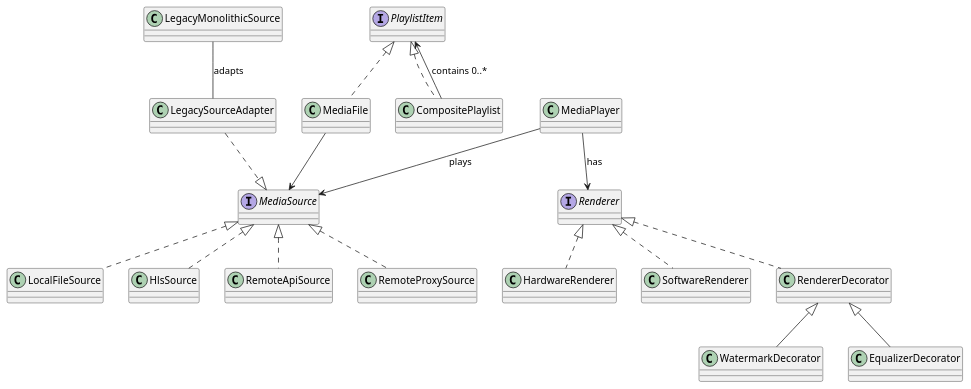
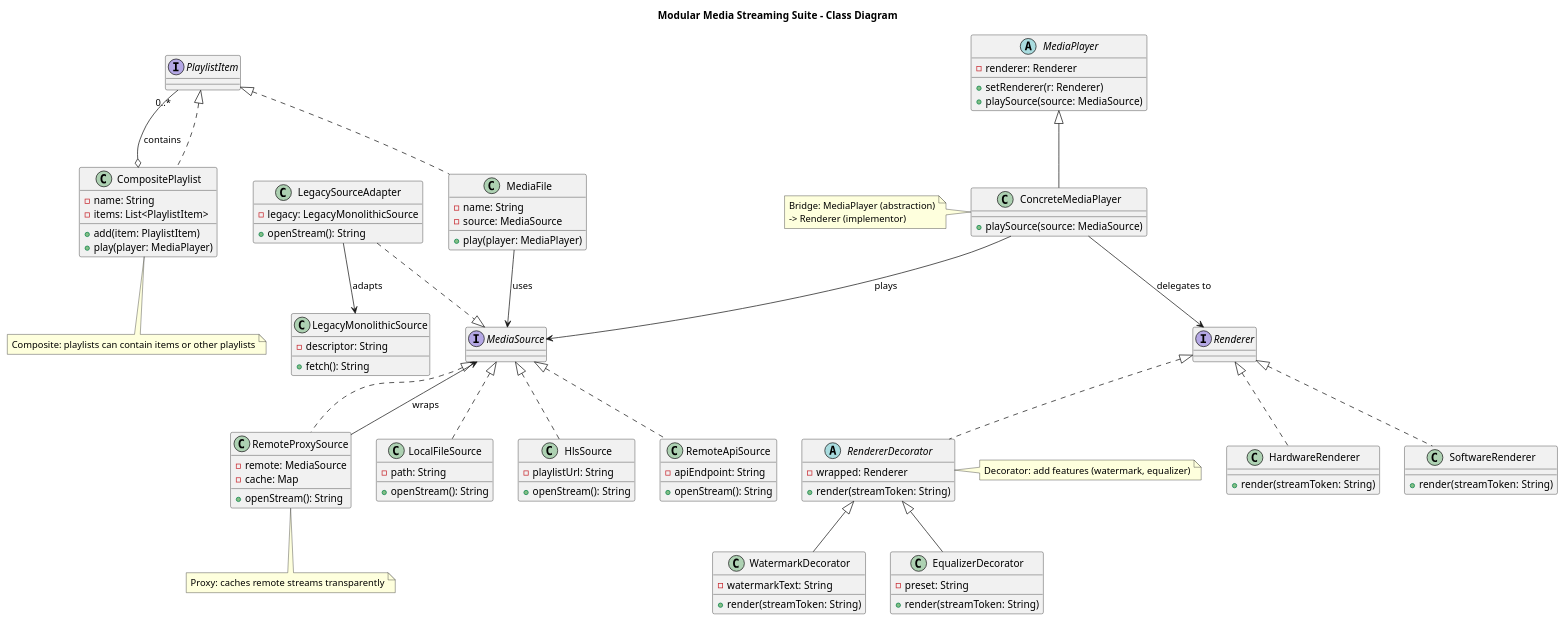
Before and after one commit to Satoshi999k/modular_media_suite: the diagram in docs/plantuml/class_diagram.puml, drawn with PlantUML.

```diff
--- a/docs/plantuml/class_diagram.puml
+++ b/docs/plantuml/class_diagram.puml
@@ -1,42 +1,125 @@
 @startuml
+' Title
+title Modular Media Streaming Suite - Class Diagram
+
+' Interfaces and core classes
 interface MediaSource
-class LocalFileSource
-class HlsSource
-class RemoteApiSource
-class LegacyMonolithicSource
-class LegacySourceAdapter
-class RemoteProxySource
+interface Renderer
+interface PlaylistItem
 
+' Player / Bridge
+abstract class MediaPlayer {
+  - renderer: Renderer
+  + setRenderer(r: Renderer)
+  + playSource(source: MediaSource)
+}
+class ConcreteMediaPlayer {
+  + playSource(source: MediaSource)
+}
+
+' Renderers (implementor side of Bridge)
+class HardwareRenderer {
+  + render(streamToken: String)
+}
+class SoftwareRenderer {
+  + render(streamToken: String)
+}
+
+' Decorators
+abstract class RendererDecorator {
+  - wrapped: Renderer
+  + render(streamToken: String)
+}
+class WatermarkDecorator {
+  - watermarkText: String
+  + render(streamToken: String)
+}
+class EqualizerDecorator {
+  - preset: String
+  + render(streamToken: String)
+}
+
+' Playlist composite
+class MediaFile {
+  - name: String
+  - source: MediaSource
+  + play(player: MediaPlayer)
+}
+class CompositePlaylist {
+  - name: String
+  - items: List<PlaylistItem>
+  + add(item: PlaylistItem)
+  + play(player: MediaPlayer)
+}
+
+' Sources
+class LocalFileSource {
+  - path: String
+  + openStream(): String
+}
+class HlsSource {
+  - playlistUrl: String
+  + openStream(): String
+}
+class RemoteApiSource {
+  - apiEndpoint: String
+  + openStream(): String
+}
+class RemoteProxySource {
+  - remote: MediaSource
+  - cache: Map
+  + openStream(): String
+}
+class LegacyMonolithicSource {
+  - descriptor: String
+  + fetch(): String
+}
+class LegacySourceAdapter {
+  - legacy: LegacyMonolithicSource
+  + openStream(): String
+}
+
+' Relationships
 MediaSource <|.. LocalFileSource
 MediaSource <|.. HlsSource
 MediaSource <|.. RemoteApiSource
-LegacyMonolithicSource -- LegacySourceAdapter : adapts
+MediaSource <|.. RemoteProxySource
 LegacySourceAdapter ..|> MediaSource
-MediaSource <|.. RemoteProxySource
-
-interface Renderer
-class HardwareRenderer
-class SoftwareRenderer
-class RendererDecorator
-class WatermarkDecorator
-class EqualizerDecorator
 
 Renderer <|.. HardwareRenderer
 Renderer <|.. SoftwareRenderer
 Renderer <|.. RendererDecorator
 RendererDecorator <|-- WatermarkDecorator
 RendererDecorator <|-- EqualizerDecorator
 
-interface PlaylistItem
-class MediaFile
-class CompositePlaylist
-
 PlaylistItem <|.. MediaFile
 PlaylistItem <|.. CompositePlaylist
-MediaFile --> MediaSource
-CompositePlaylist --> PlaylistItem : contains 0..*
+MediaFile --> MediaSource : uses
+CompositePlaylist o-- "0..*" PlaylistItem : contains
 
-class MediaPlayer
-MediaPlayer --> Renderer : has
-MediaPlayer --> MediaSource : plays
+MediaPlayer <|-- ConcreteMediaPlayer
+ConcreteMediaPlayer --> Renderer : delegates to
+ConcreteMediaPlayer --> MediaSource : plays
+
+RemoteProxySource --> MediaSource : wraps
+LegacySourceAdapter --> LegacyMonolithicSource : adapts
+
+' Notes to explain patterns
+note left of ConcreteMediaPlayer
+  Bridge: MediaPlayer (abstraction)
+  -> Renderer (implementor)
+end note
+
+note right of RendererDecorator
+  Decorator: add features (watermark, equalizer)
+end note
+
+note bottom of CompositePlaylist
+  Composite: playlists can contain items or other playlists
+end note
+
+note bottom of RemoteProxySource
+  Proxy: caches remote streams transparently
+end note
+
 @enduml
```
